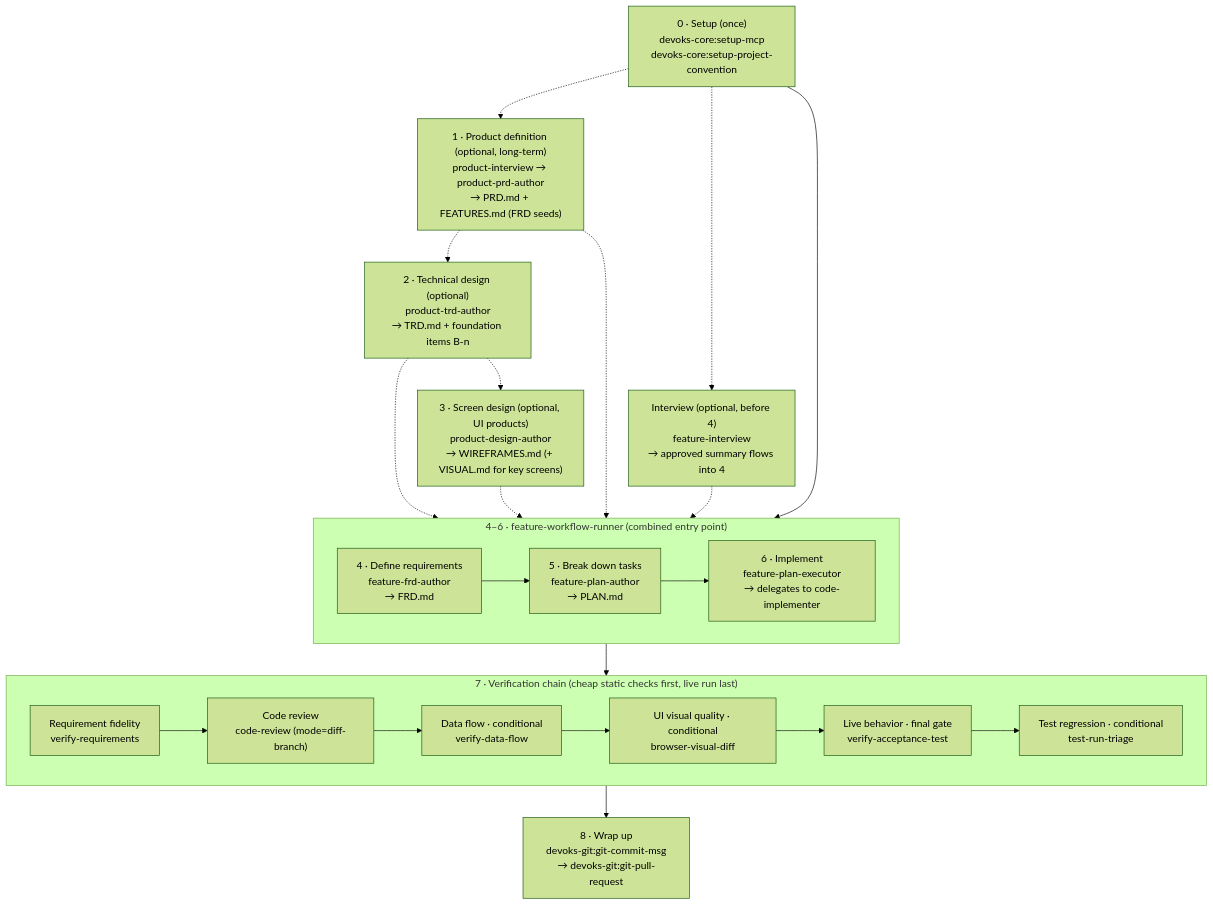
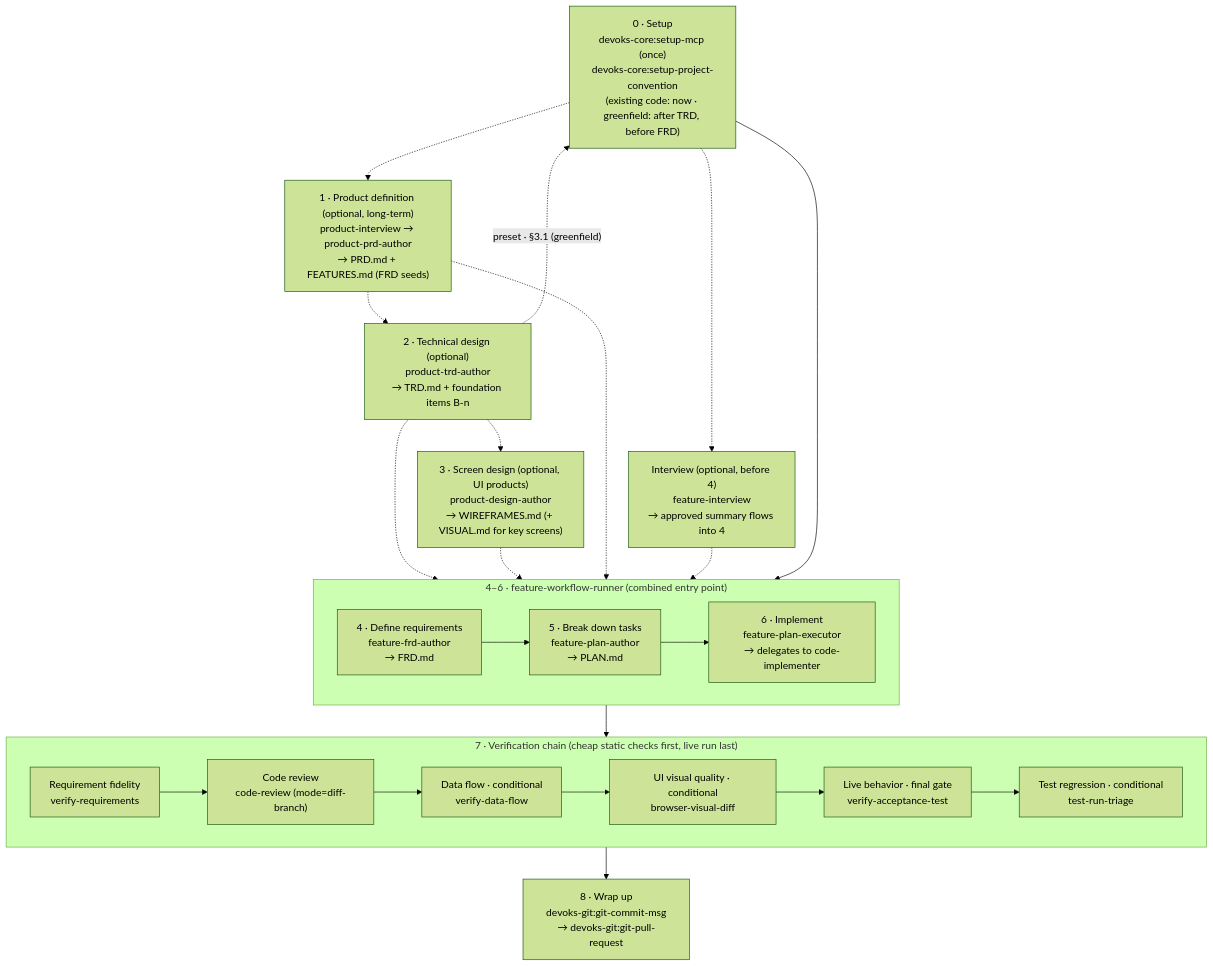
One commit to ridsync/devoks-team-harness changed the diagram in README.md. Above: the diagram before and after it, drawn with Mermaid (forest theme). The commit also changed other lines of this file and 24 other files, not shown here.

First line of the commit message:
feat(devoks-core,devoks-sdlc): 앱 내부 아키텍처 단계(TRD §3.1)·setup 현행 vs 목표 비교·nextjs preset 도입

````diff
--- a/README.md
+++ b/README.md
@@ -108,45 +108,46 @@
 ```mermaid
 flowchart TD
-    S["0 · Setup (once)<br/>devoks-core:setup-mcp<br/>devoks-core:setup-project-convention"]
+    S["0 · Setup<br/>devoks-core:setup-mcp (once)<br/>devoks-core:setup-project-convention<br/>(existing code: now · greenfield: after TRD, before FRD)"]
 
     PRD["1 · Product definition (optional, long-term)<br/>product-interview → product-prd-author<br/>→ PRD.md + FEATURES.md (FRD seeds)"]
 
     TRD["2 · Technical design (optional)<br/>product-trd-author<br/>→ TRD.md + foundation items B-n"]
 
     WF["3 · Screen design (optional, UI products)<br/>product-design-author<br/>→ WIREFRAMES.md (+ VISUAL.md for key screens)"]
 
     D["Interview (optional, before 4)<br/>feature-interview<br/>→ approved summary flows into 4"]
 
     subgraph BUILD["4–6 · feature-workflow-runner (combined entry point)"]
         direction LR
         F["4 · Define requirements<br/>feature-frd-author<br/>→ FRD.md"]
         P["5 · Break down tasks<br/>feature-plan-author<br/>→ PLAN.md"]
         I["6 · Implement<br/>feature-plan-executor<br/>→ delegates to code-implementer"]
         F --> P --> I
     end
 
     subgraph VERIFY["7 · Verification chain (cheap static checks first, live run last)"]
         direction LR
         V1["Requirement fidelity<br/>verify-requirements"]
         V2["Code review<br/>code-review (mode=diff-branch)"]
         V3["Data flow · conditional<br/>verify-data-flow"]
         V4["UI visual quality · conditional<br/>browser-visual-diff"]
         V5["Live behavior · final gate<br/>verify-acceptance-test"]
         V6["Test regression · conditional<br/>test-run-triage"]
         V1 --> V2 --> V3 --> V4 --> V5 --> V6
     end
 
     C["8 · Wrap up<br/>devoks-git:git-commit-msg<br/>→ devoks-git:git-pull-request"]
 
     S --> BUILD
     S -.-> PRD
     PRD -.-> TRD
+    TRD -.->|"preset · §3.1 (greenfield)"| S
     TRD -.-> F
     TRD -.-> WF
     WF -.-> F
     PRD -.-> F
     S -.-> D
     D -.-> F
     BUILD --> VERIFY
     VERIFY --> C
 ```
````
